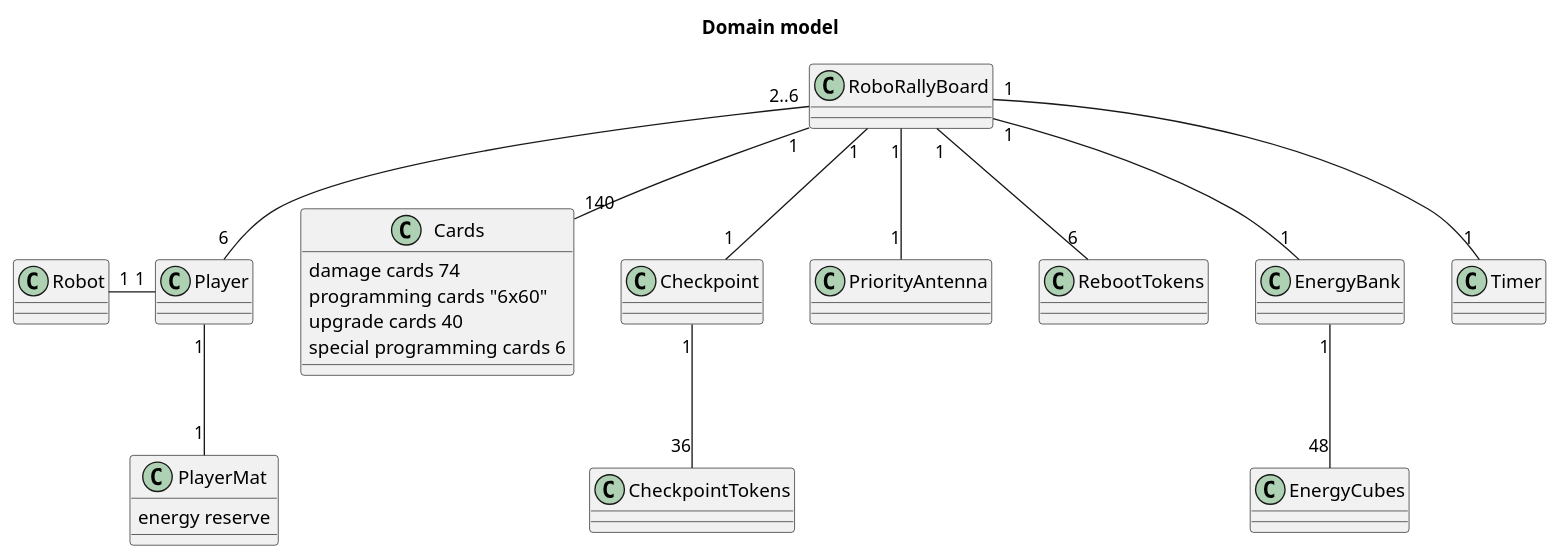
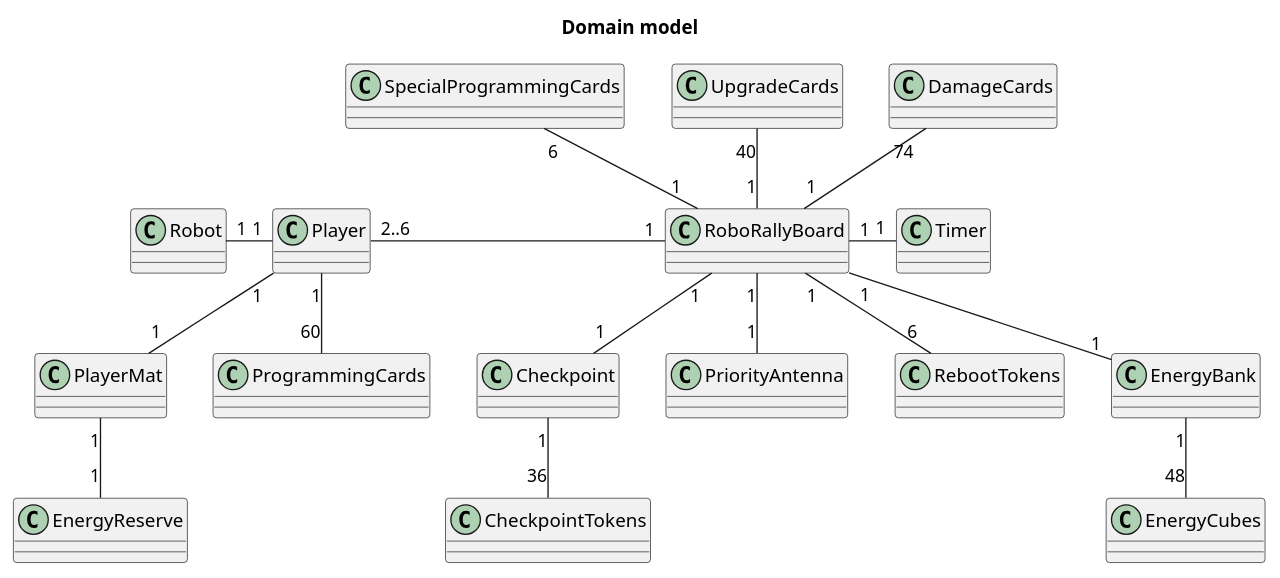
One commit to NegarOstad/RoboRally-Repo changed the diagram in Diagrams/Domain.puml. Above: the diagram before and after it, drawn with PlantUML.

Commit message:
Removing descriptive texts from domain model items

```diff
--- a/Diagrams/Domain.puml
+++ b/Diagrams/Domain.puml
@@ -1,46 +1,43 @@
 @startuml
 title Domain model
 class RoboRallyBoard {
 
 }
 
 
 class Player {
 
 }
 
 class Robot {
 
 }
 
 class PlayerMat {
-energy reserve
+
 }
 
 
-class Cards {
-damage cards 74
-programming cards "6x60"
-upgrade cards 40
-special programming cards 6
-}
 
-
-RoboRallyBoard "2..6"--"6" Player
+RoboRallyBoard "1" -up- "74" DamageCards
+RoboRallyBoard "1" -up- "40" UpgradeCards
+RoboRallyBoard "1" -up- "6" SpecialProgrammingCards
+RoboRallyBoard "1"-left-"2..6" Player
+Player "1"-down-"60" ProgrammingCards
 RoboRallyBoard "1"--"1" Checkpoint
 Checkpoint"1"--"36" CheckpointTokens
 Player "1"-left-"1" Robot
 Player "1"--"1" PlayerMat
+PlayerMat "1" -- "1" EnergyReserve
 RoboRallyBoard "1"--"1" PriorityAntenna
 RoboRallyBoard "1"--"6" RebootTokens
-RoboRallyBoard "1"--"140" Cards
 RoboRallyBoard "1"--"1" EnergyBank
 EnergyBank "1" -- "48" EnergyCubes
-RoboRallyBoard "1" -- "1" Timer
+RoboRallyBoard "1" -right- "1" Timer
 
 
 
 
 
 
 @enduml
```
